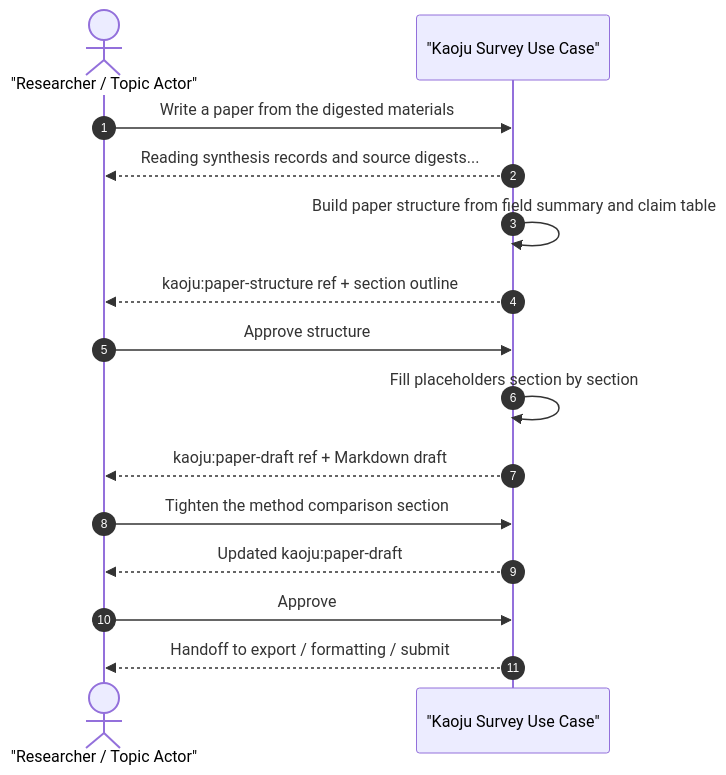
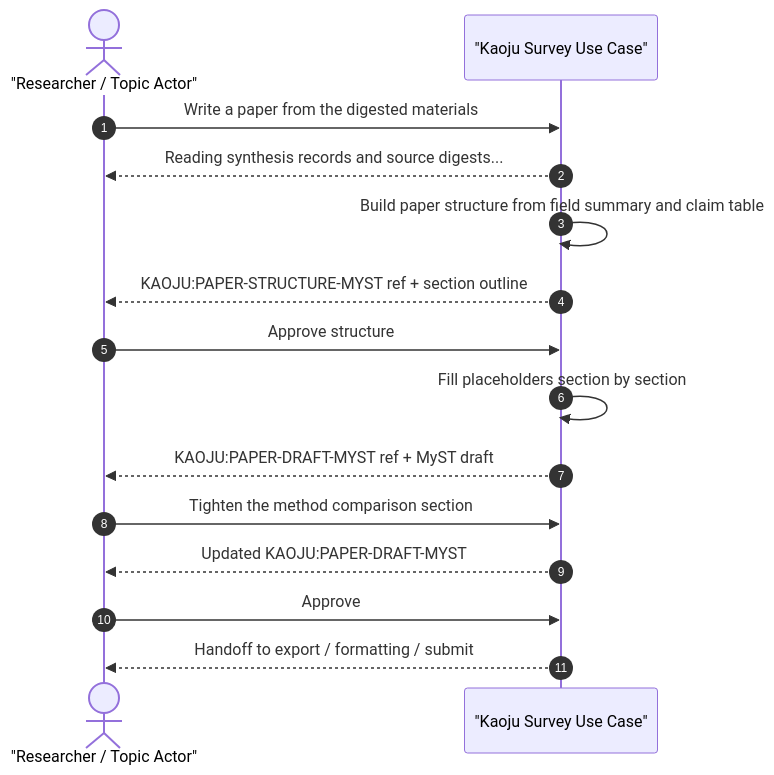
The second of 2 diagrams in context/features/2026-07-14-kaoju-survey-process-usecases/usecases/uc-04-write-paper-from-digested-materials.md (CodeGandee/isomer-labs), drawn with Mermaid before and after one commit. The commit also changed other lines of this file and 309 other files, not shown here.

````diff
--- a/context/features/2026-07-14-kaoju-survey-process-usecases/usecases/uc-04-write-paper-from-digested-materials.md
+++ b/context/features/2026-07-14-kaoju-survey-process-usecases/usecases/uc-04-write-paper-from-digested-materials.md
@@ -108,18 +108,18 @@
 ```mermaid
 sequenceDiagram
   autonumber
   actor Researcher as "Researcher / Topic Actor"
   participant System as "Kaoju Survey Use Case"
 
   Researcher->>System: Write a paper from the digested materials
   System-->>Researcher: Reading synthesis records and source digests...
   System->>System: Build paper structure from field summary and claim table
-  System-->>Researcher: kaoju:paper-structure ref + section outline
+  System-->>Researcher: KAOJU:PAPER-STRUCTURE-MYST ref + section outline
   Researcher->>System: Approve structure
   System->>System: Fill placeholders section by section
-  System-->>Researcher: kaoju:paper-draft ref + Markdown draft
+  System-->>Researcher: KAOJU:PAPER-DRAFT-MYST ref + MyST draft
   Researcher->>System: Tighten the method comparison section
-  System-->>Researcher: Updated kaoju:paper-draft
+  System-->>Researcher: Updated KAOJU:PAPER-DRAFT-MYST
   Researcher->>System: Approve
   System-->>Researcher: Handoff to export / formatting / submit
 ```
````
